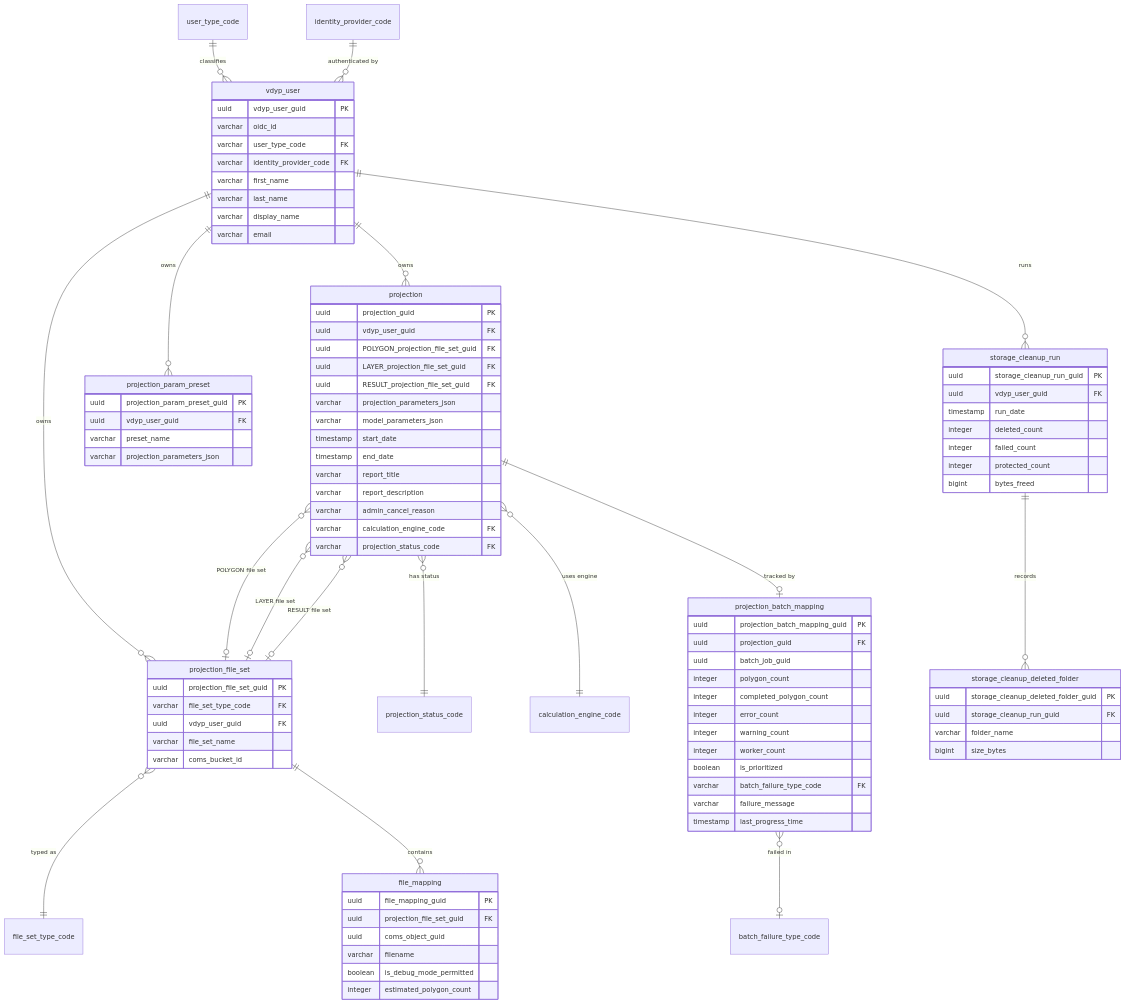
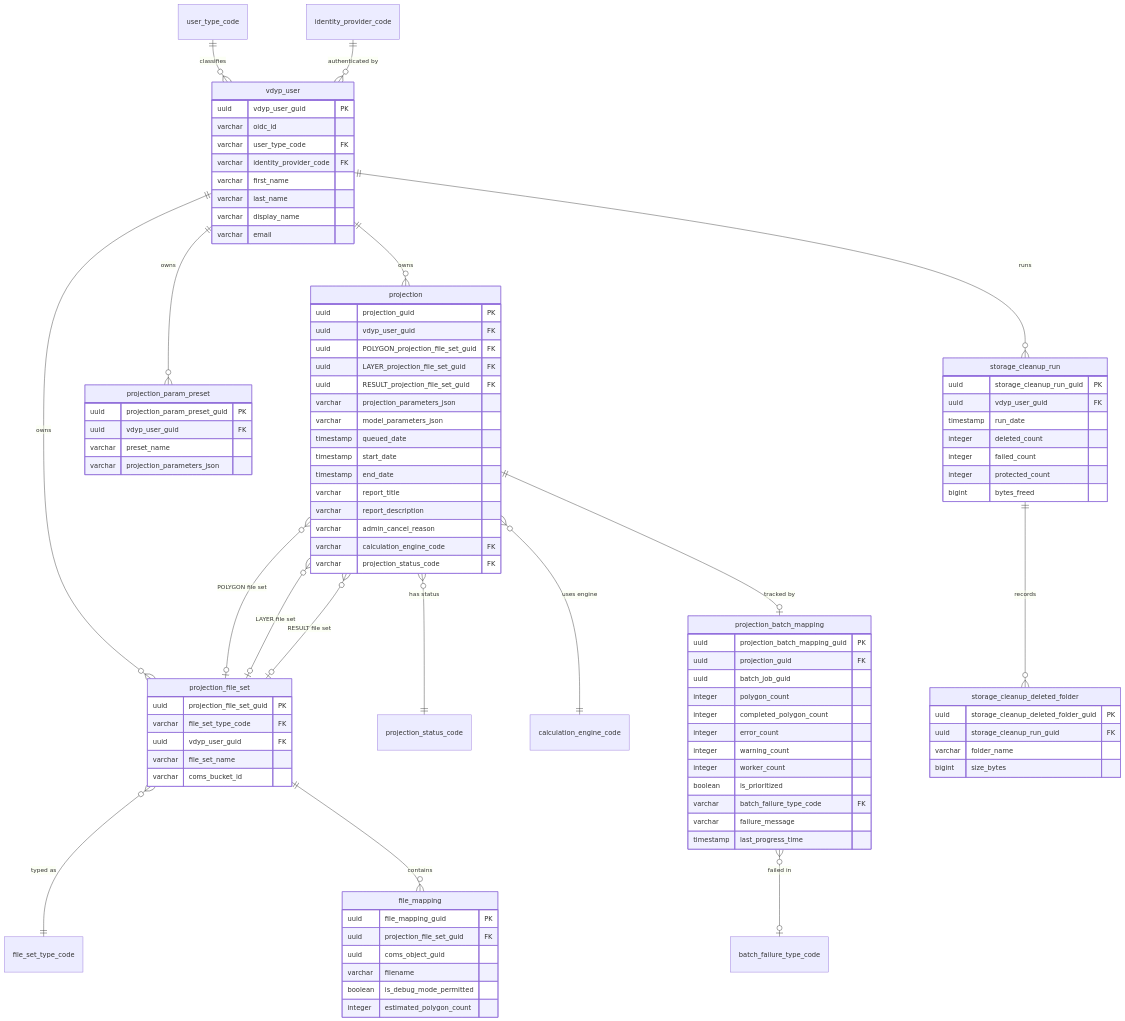
The first of 3 diagrams in docs/architecture/data-model.md (bcgov/nr-vdyp), drawn with Mermaid before and after one commit. The commit also changed 21 other files, not shown here.

```diff
--- a/docs/architecture/data-model.md
+++ b/docs/architecture/data-model.md
@@ -54,6 +54,7 @@
         uuid RESULT_projection_file_set_guid FK
         varchar projection_parameters_json
         varchar model_parameters_json
+        timestamp queued_date
         timestamp start_date
         timestamp end_date
         varchar report_title
```
